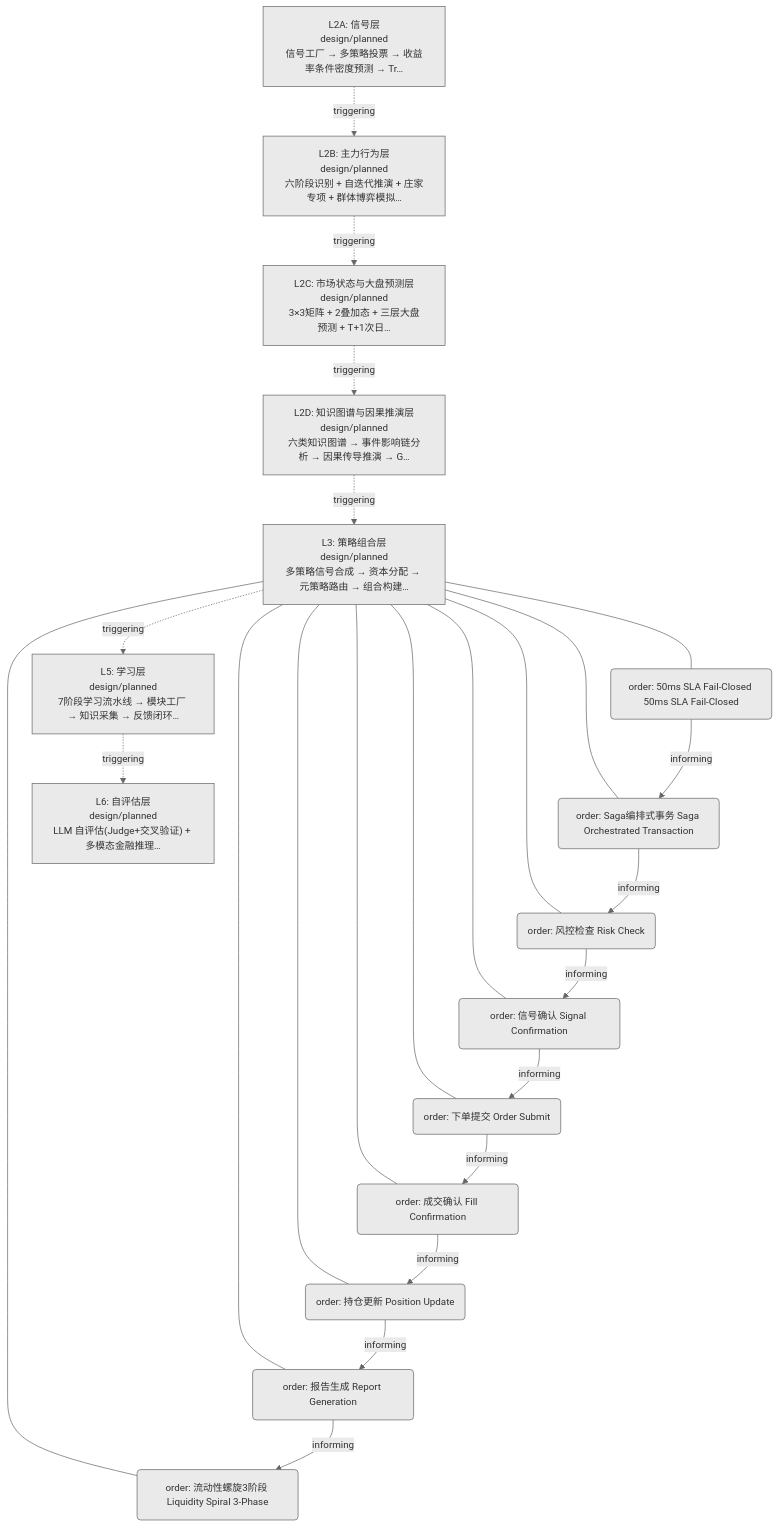
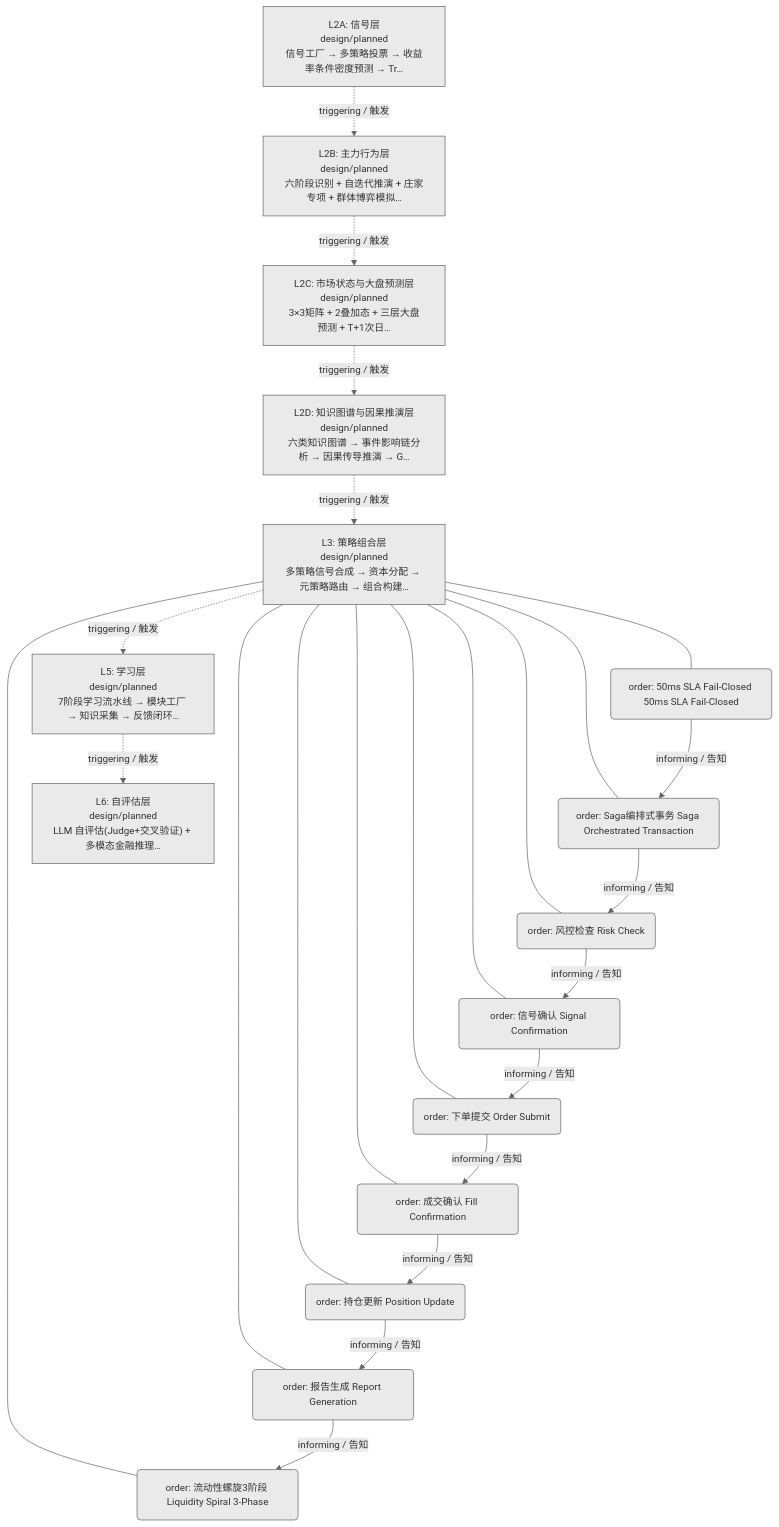
Before and after one commit to xuanFelixVan/ZephyrAlpha: the first of 2 diagrams in docs/02_enterprise_architecture/06_decision_architecture/14_decision_l3_ex_core.md, drawn with Mermaid. The commit also changed other lines of this file and 23 other files, not shown here.

First line of the commit message:
feat(decision-diagram): mermaid 边标签加中文（triggering/触发 等）

````diff
--- a/docs/02_enterprise_architecture/06_decision_architecture/14_decision_l3_ex_core.md
+++ b/docs/02_enterprise_architecture/06_decision_architecture/14_decision_l3_ex_core.md
@@ -21,43 +21,43 @@
 ```mermaid
 %%{init: {'theme': 'base', 'themeVariables': {'primaryColor': '#eaeaea', 'primaryTextColor': '#333333', 'primaryBorderColor': '#666666', 'lineColor': '#666666', 'secondaryColor': '#eaeaea', 'tertiaryColor': '#eaeaea', 'fontSize': '14px'}}}%%
 flowchart TD
     LL2A["L2A: 信号层<br/>design/planned<br/>信号工厂 → 多策略投票 → 收益率条件密度预测 → Tr…"]
     LL2B["L2B: 主力行为层<br/>design/planned<br/>六阶段识别 + 自迭代推演 + 庄家专项 + 群体博弈模拟…"]
     LL2C["L2C: 市场状态与大盘预测层<br/>design/planned<br/>3×3矩阵 + 2叠加态 + 三层大盘预测 + T+1次日…"]
     LL2D["L2D: 知识图谱与因果推演层<br/>design/planned<br/>六类知识图谱 → 事件影响链分析 → 因果传导推演 → G…"]
     LL3["L3: 策略组合层<br/>design/planned<br/>多策略信号合成 → 资本分配 → 元策略路由 → 组合构建…"]
     N59("order: 50ms SLA Fail-Closed 50ms SLA Fail-Closed")
     LL3 --- N59
     N60("order: Saga编排式事务 Saga Orchestrated Transaction")
     LL3 --- N60
     N61("order: 风控检查 Risk Check")
     LL3 --- N61
     N62("order: 信号确认 Signal Confirmation")
     LL3 --- N62
     N63("order: 下单提交 Order Submit")
     LL3 --- N63
     N64("order: 成交确认 Fill Confirmation")
     LL3 --- N64
     N65("order: 持仓更新 Position Update")
     LL3 --- N65
     N66("order: 报告生成 Report Generation")
     LL3 --- N66
     N71("order: 流动性螺旋3阶段 Liquidity Spiral 3-Phase")
     LL3 --- N71
     LL5["L5: 学习层<br/>design/planned<br/>7阶段学习流水线 → 模块工厂 → 知识采集 → 反馈闭环…"]
     LL6["L6: 自评估层<br/>design/planned<br/>LLM 自评估(Judge+交叉验证) + 多模态金融推理…"]
-    LL2A -.->|triggering| LL2B
-    LL2B -.->|triggering| LL2C
-    LL2C -.->|triggering| LL2D
-    LL2D -.->|triggering| LL3
-    LL3 -.->|triggering| LL5
-    LL5 -.->|triggering| LL6
-    N59 -->|informing| N60
-    N60 -->|informing| N61
-    N61 -->|informing| N62
-    N62 -->|informing| N63
-    N63 -->|informing| N64
-    N64 -->|informing| N65
-    N65 -->|informing| N66
-    N66 -->|informing| N71
+    LL2A -.->|triggering / 触发| LL2B
+    LL2B -.->|triggering / 触发| LL2C
+    LL2C -.->|triggering / 触发| LL2D
+    LL2D -.->|triggering / 触发| LL3
+    LL3 -.->|triggering / 触发| LL5
+    LL5 -.->|triggering / 触发| LL6
+    N59 -->|informing / 告知| N60
+    N60 -->|informing / 告知| N61
+    N61 -->|informing / 告知| N62
+    N62 -->|informing / 告知| N63
+    N63 -->|informing / 告知| N64
+    N64 -->|informing / 告知| N65
+    N65 -->|informing / 告知| N66
+    N66 -->|informing / 告知| N71
 ```
````
